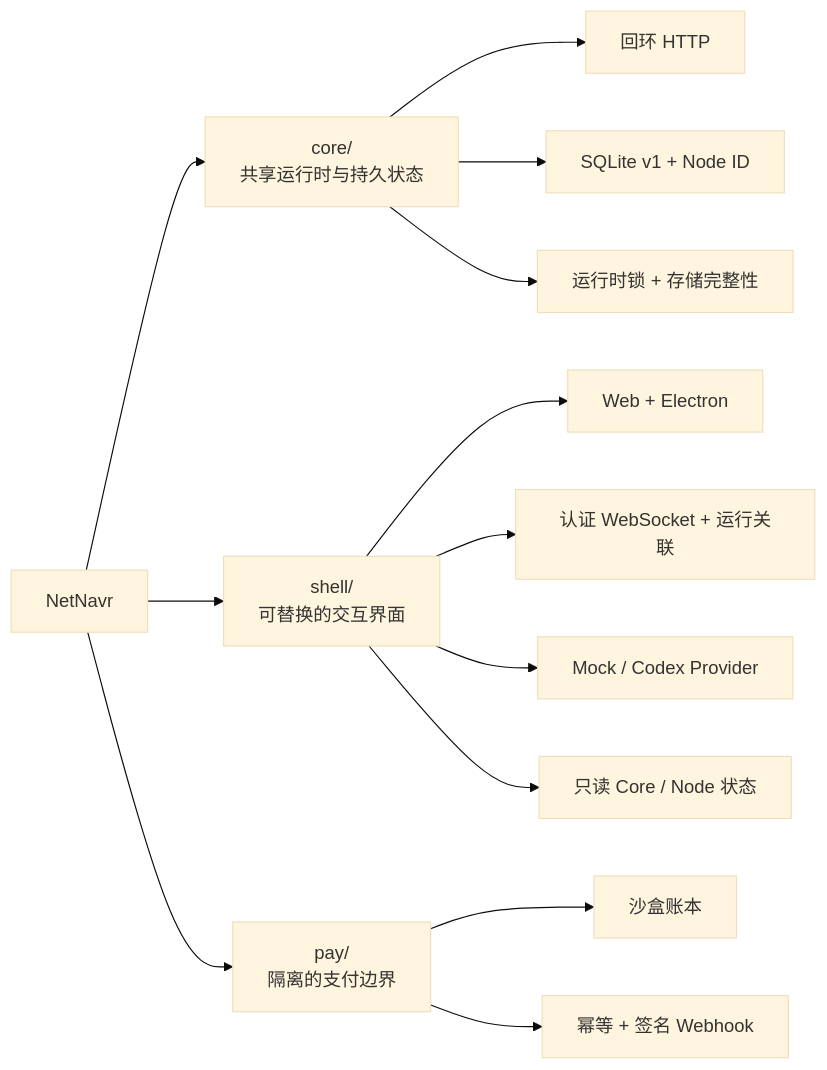
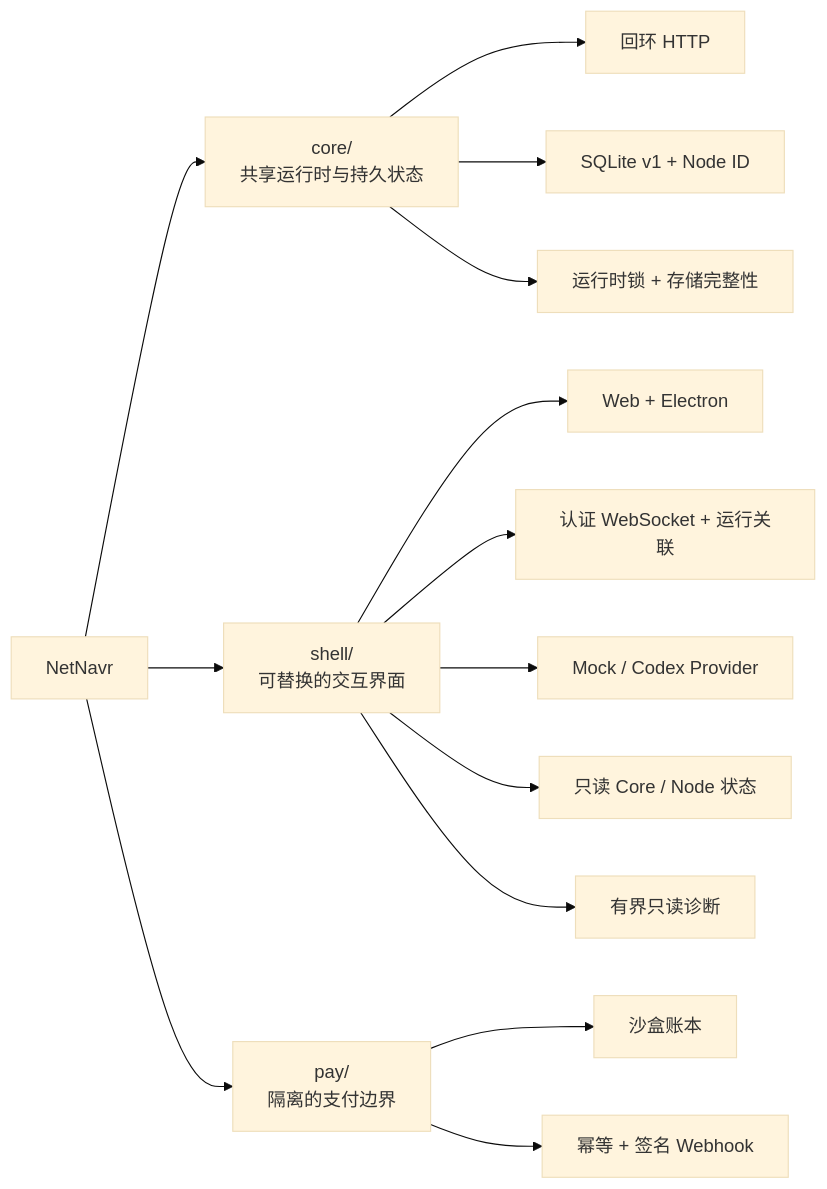
The diagram in README.zh-CN.md (PM100Fun/NetNavr), drawn with Mermaid (base theme) before and after one commit. The commit also changed other lines of this file and 4 other files, not shown here.

````diff
--- a/README.zh-CN.md
+++ b/README.zh-CN.md
@@ -113,18 +114,19 @@
 ```mermaid
 flowchart LR
     R["NetNavr"] --> C["core/<br/>共享运行时与持久状态"]
     R --> S["shell/<br/>可替换的交互界面"]
     R --> P["pay/<br/>隔离的支付边界"]
 
     C --> C1["回环 HTTP"]
     C --> C2["SQLite v1 + Node ID"]
     C --> C3["运行时锁 + 存储完整性"]
 
     S --> S1["Web + Electron"]
     S --> S2["认证 WebSocket + 运行关联"]
     S --> S3["Mock / Codex Provider"]
     S --> S4["只读 Core / Node 状态"]
+    S --> S5["有界只读诊断"]
 
     P --> P1["沙盒账本"]
     P --> P2["幂等 + 签名 Webhook"]
 ```
````
